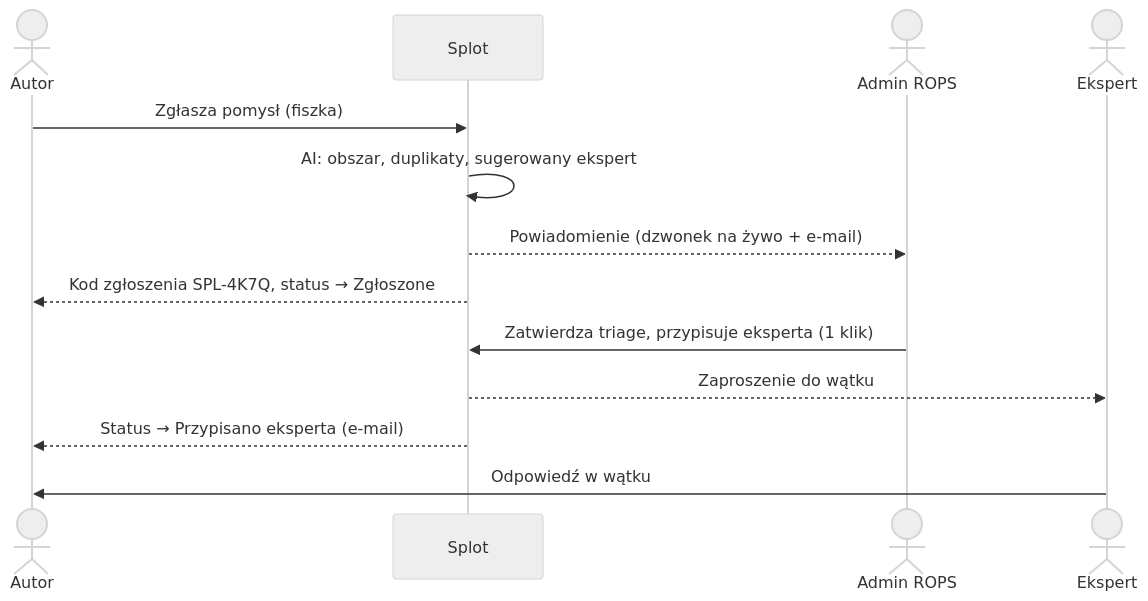
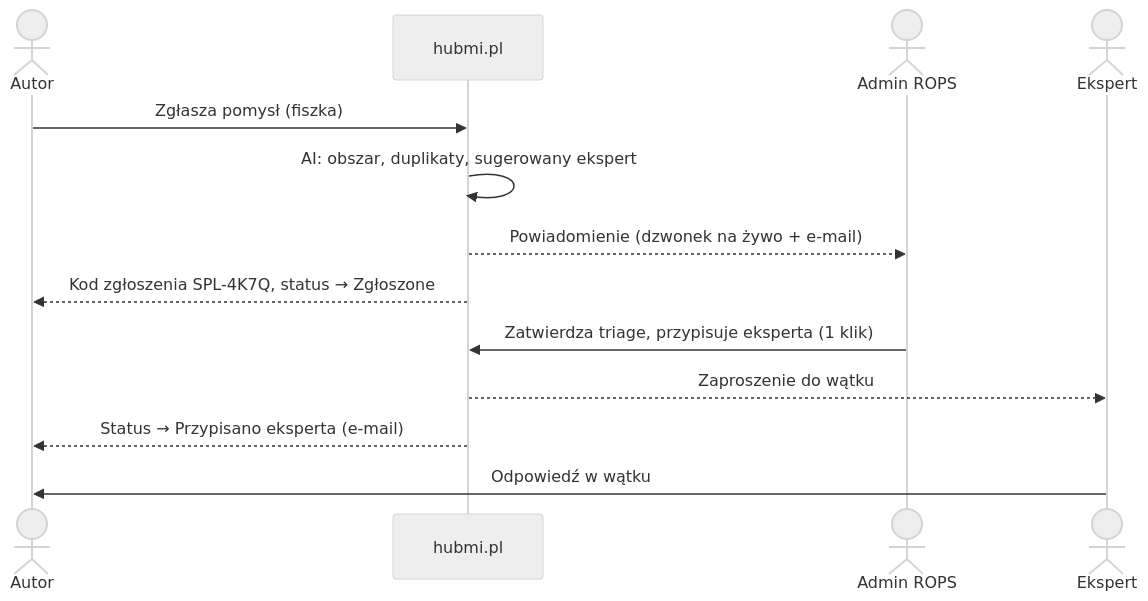
The third of 3 diagrams in README.md (JaQubus/Spolecznik), drawn with Mermaid (neutral theme) before and after one commit. The commit also changed other lines of this file and 10 other files, not shown here.

````diff
--- a/README.md
+++ b/README.md
@@ -338,15 +334,15 @@
 ```mermaid
 sequenceDiagram
   actor A as Autor
-  participant S as Splot
+  participant S as hubmi.pl
   actor R as Admin ROPS
   actor E as Ekspert
   A->>S: Zgłasza pomysł (fiszka)
   S->>S: AI: obszar, duplikaty, sugerowany ekspert
   S-->>R: Powiadomienie (dzwonek na żywo + e-mail)
   S-->>A: Kod zgłoszenia SPL-4K7Q, status → Zgłoszone
   R->>S: Zatwierdza triage, przypisuje eksperta (1 klik)
   S-->>E: Zaproszenie do wątku
   S-->>A: Status → Przypisano eksperta (e-mail)
   E->>A: Odpowiedź w wątku
 ```
````
